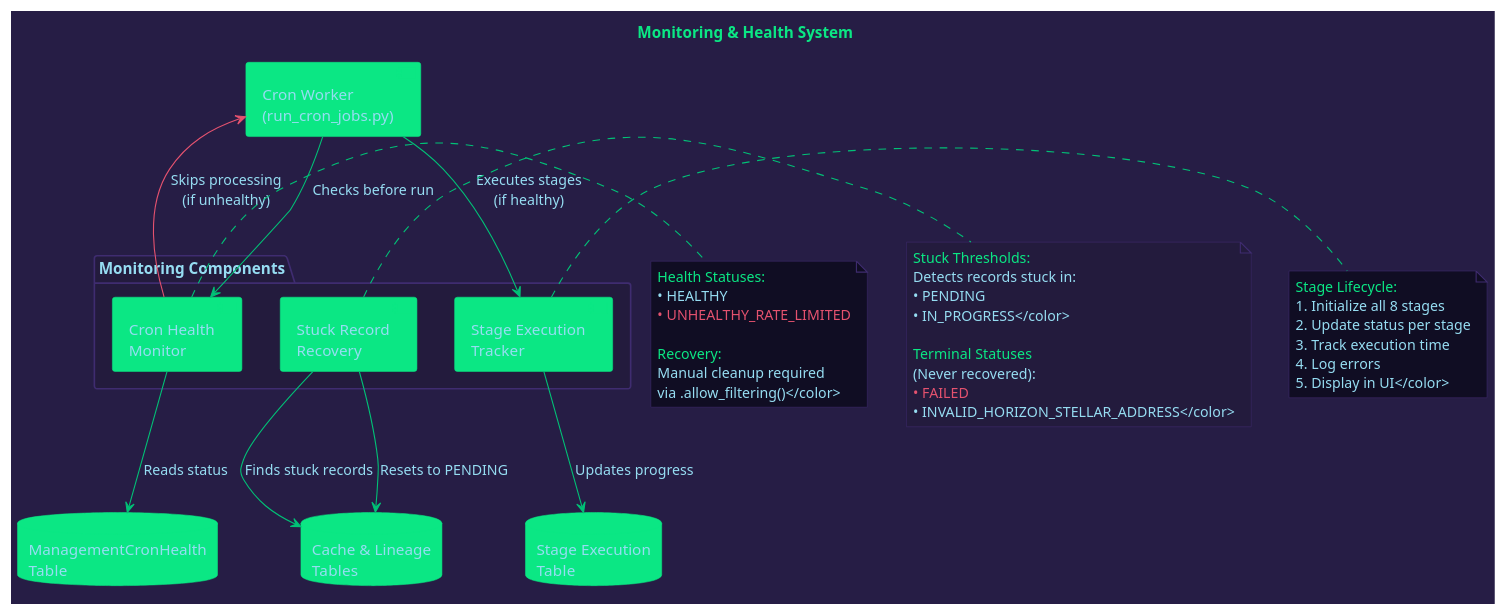
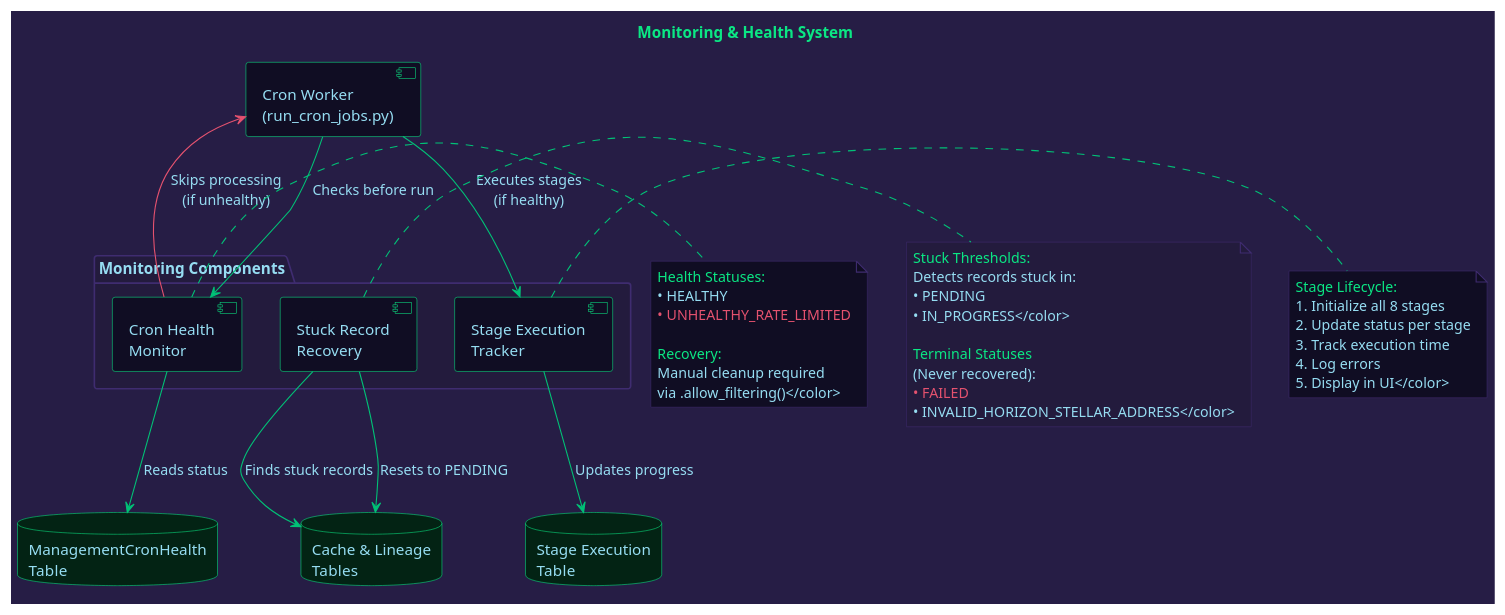
One commit to areveur51/StellarMapWeb changed the diagram in diagrams/05_monitoring_system.puml. Above: the diagram before and after it, drawn with PlantUML. The commit also changed 5 other files, not shown here.

First line of the commit message:
Improve diagram readability by removing distracting background colors

```diff
--- a/diagrams/05_monitoring_system.puml
+++ b/diagrams/05_monitoring_system.puml
@@ -1,87 +1,87 @@
 @startuml Monitoring System
 
 skinparam backgroundColor #261D45
 skinparam defaultFontColor #96DDF2
 
 skinparam component {
   BackgroundColor #100D23
   BorderColor #0BE784
   FontColor #96DDF2
   ArrowColor #01C176
 }
 
 skinparam database {
   BackgroundColor #032314
   BorderColor #0BE784
   FontColor #96DDF2
 }
 
 skinparam package {
   BackgroundColor #231B3D
   BorderColor #3f2c70
   FontColor #96DDF2
 }
 
 skinparam note {
   BackgroundColor #100D23
   BorderColor #3f2c70
   FontColor #96DDF2
 }
 
 title <color:#0BE784>Monitoring & Health System</color>
 
 package "Monitoring Components" #231B3D {
-  component "Cron Health\nMonitor" as CronHealth #0BE784
-  component "Stuck Record\nRecovery" as Recovery #0BE784
-  component "Stage Execution\nTracker" as StageTracker #0BE784
+  component "Cron Health\nMonitor" as CronHealth
+  component "Stuck Record\nRecovery" as Recovery
+  component "Stage Execution\nTracker" as StageTracker
 }
 
-component "Cron Worker\n(run_cron_jobs.py)" as CronWorker #0BE784
+component "Cron Worker\n(run_cron_jobs.py)" as CronWorker
 
-database "ManagementCronHealth\nTable" as HealthDB #0BE784
-database "Stage Execution\nTable" as StageDB #0BE784
-database "Cache & Lineage\nTables" as DataDB #0BE784
+database "ManagementCronHealth\nTable" as HealthDB
+database "Stage Execution\nTable" as StageDB
+database "Cache & Lineage\nTables" as DataDB
 
 CronWorker -[#01C176]-> CronHealth : "Checks before run"
 CronHealth -[#01C176]-> HealthDB : "Reads status"
 
 CronWorker -[#01C176]-> StageTracker : "Executes stages\n(if healthy)"
 StageTracker -[#01C176]-> StageDB : "Updates progress"
 
 CronHealth -[#E5526F]-> CronWorker : "Skips processing\n(if unhealthy)"
 
 Recovery -[#01C176]-> DataDB : "Finds stuck records"
 Recovery -[#01C176]-> DataDB : "Resets to PENDING"
 
 note right of CronHealth #100D23
   <color:#0BE784>Health Statuses:</color>
   <color:#96DDF2>• HEALTHY</color>
   <color:#E5526F>• UNHEALTHY_RATE_LIMITED</color>
   
   <color:#0BE784>Recovery:</color>
   <color:#96DDF2>Manual cleanup required
   via .allow_filtering()</color>
 end note
 
 note right of Recovery #231B3D
   <color:#0BE784>Stuck Thresholds:</color>
   <color:#96DDF2>Detects records stuck in:
   • PENDING
   • IN_PROGRESS</color>
   
   <color:#0BE784>Terminal Statuses</color>
   <color:#96DDF2>(Never recovered):</color>
   <color:#E5526F>• FAILED
   • INVALID_HORIZON_STELLAR_ADDRESS</color>
 end note
 
 note right of StageTracker #100D23
   <color:#0BE784>Stage Lifecycle:</color>
   <color:#96DDF2>1. Initialize all 8 stages
   2. Update status per stage
   3. Track execution time
   4. Log errors
   5. Display in UI</color>
 end note
 
 @enduml
```
